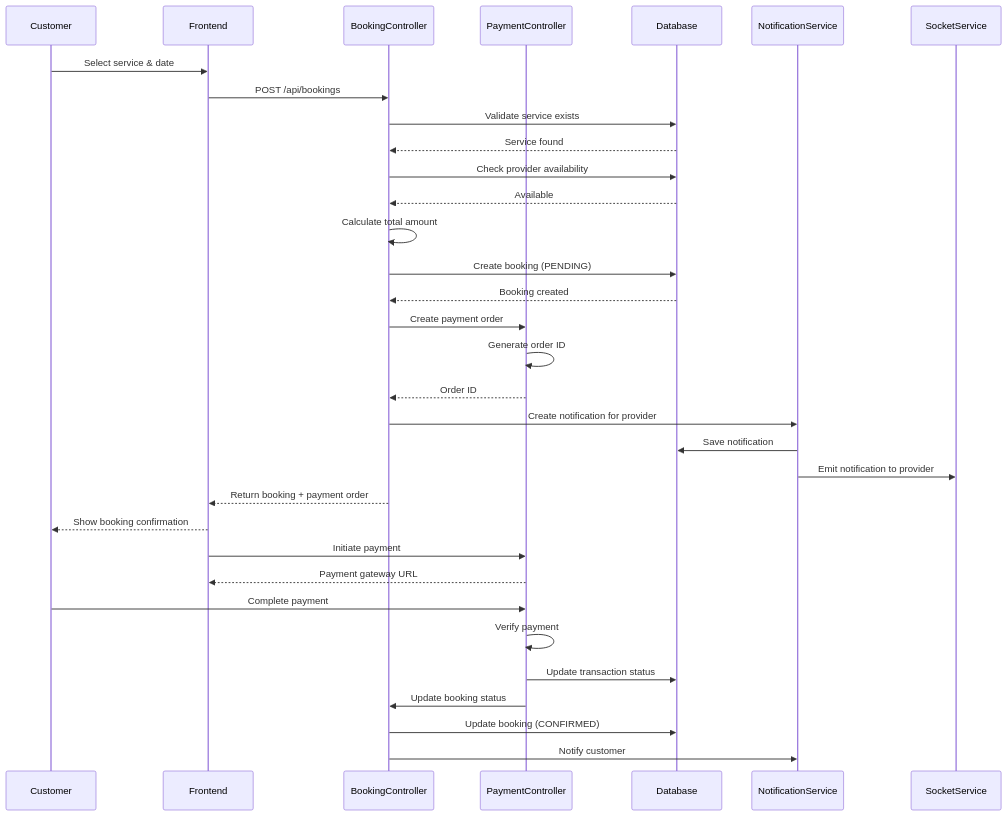
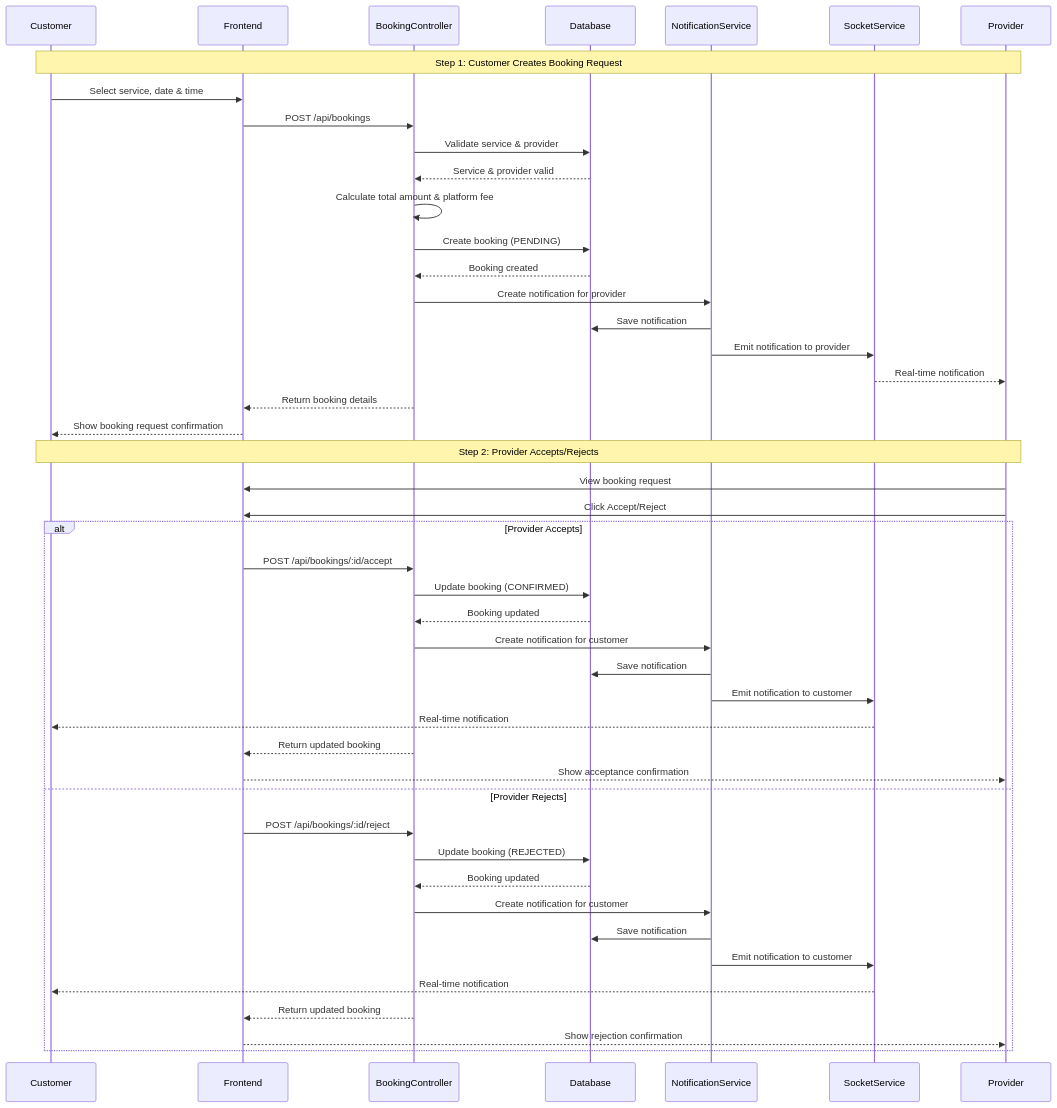
Before and after one commit to botvecna47/MH26-Services: the eighth of 18 diagrams in docs/UML_DIAGRAMS.md, drawn with Mermaid. The commit also changed other lines of this file, not shown here.

Commit message:
docs: Clean up UML diagrams - remove payment components and update booking flow

````diff
--- a/docs/UML_DIAGRAMS.md
+++ b/docs/UML_DIAGRAMS.md
@@ -471,36 +456,50 @@
 ```mermaid
 sequenceDiagram
     participant C as Customer
     participant F as Frontend
     participant BC as BookingController
-    participant PC as PaymentController
     participant DB as Database
     participant NS as NotificationService
     participant SS as SocketService
+    participant P as Provider
     
-    C->>F: Select service & date
+    Note over C,P: Step 1: Customer Creates Booking Request
+    C->>F: Select service, date & time
     F->>BC: POST /api/bookings
-    BC->>DB: Validate service exists
-    DB-->>BC: Service found
-    BC->>DB: Check provider availability
-    DB-->>BC: Available
-    BC->>BC: Calculate total amount
+    BC->>DB: Validate service & provider
+    DB-->>BC: Service & provider valid
+    BC->>BC: Calculate total amount & platform fee
     BC->>DB: Create booking (PENDING)
     DB-->>BC: Booking created
-    BC->>PC: Create payment order
-    PC->>PC: Generate order ID
-    PC-->>BC: Order ID
     BC->>NS: Create notification for provider
     NS->>DB: Save notification
     NS->>SS: Emit notification to provider
-    BC-->>F: Return booking + payment order
-    F-->>C: Show booking confirmation
-    F->>PC: Initiate payment
-    PC-->>F: Payment gateway URL
-    C->>PC: Complete payment
-    PC->>PC: Verify payment
-    PC->>DB: Update transaction status
-    PC->>BC: Update booking status
-    BC->>DB: Update booking (CONFIRMED)
-    BC->>NS: Notify customer
+    SS-->>P: Real-time notification
+    BC-->>F: Return booking details
+    F-->>C: Show booking request confirmation
+    
+    Note over C,P: Step 2: Provider Accepts/Rejects
+    P->>F: View booking request
+    P->>F: Click Accept/Reject
+    alt Provider Accepts
+        F->>BC: POST /api/bookings/:id/accept
+        BC->>DB: Update booking (CONFIRMED)
+        DB-->>BC: Booking updated
+        BC->>NS: Create notification for customer
+        NS->>DB: Save notification
+        NS->>SS: Emit notification to customer
+        SS-->>C: Real-time notification
+        BC-->>F: Return updated booking
+        F-->>P: Show acceptance confirmation
+    else Provider Rejects
+        F->>BC: POST /api/bookings/:id/reject
+        BC->>DB: Update booking (REJECTED)
+        DB-->>BC: Booking updated
+        BC->>NS: Create notification for customer
+        NS->>DB: Save notification
+        NS->>SS: Emit notification to customer
+        SS-->>C: Real-time notification
+        BC-->>F: Return updated booking
+        F-->>P: Show rejection confirmation
+    end
 ```
````
